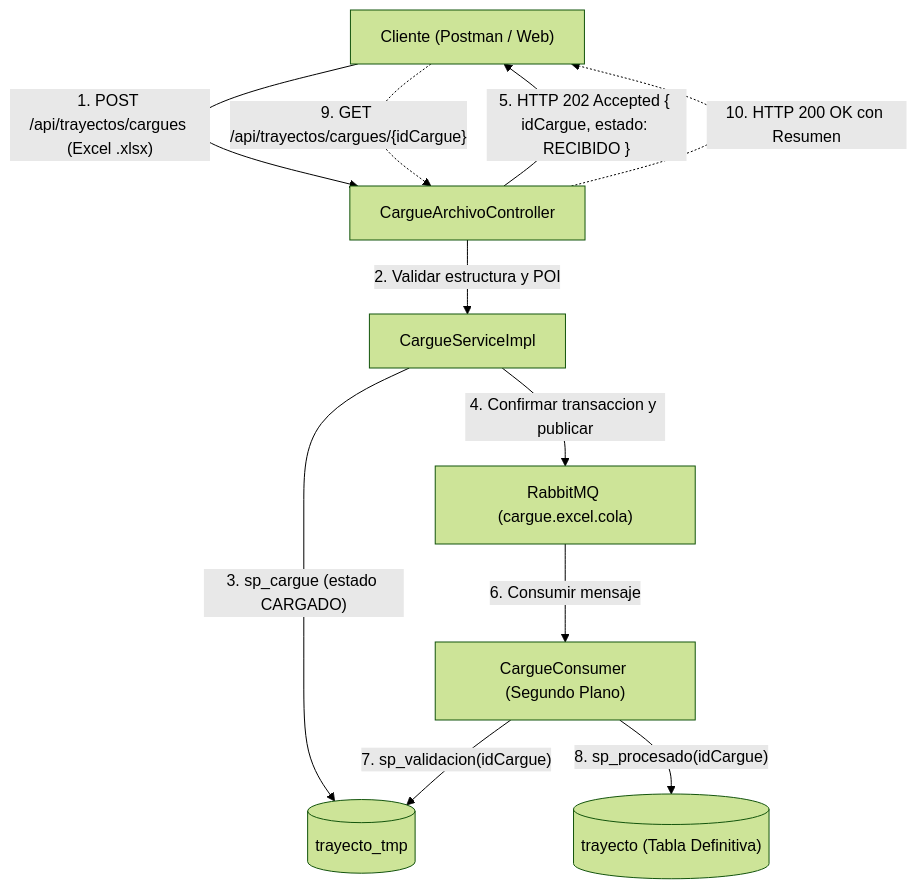
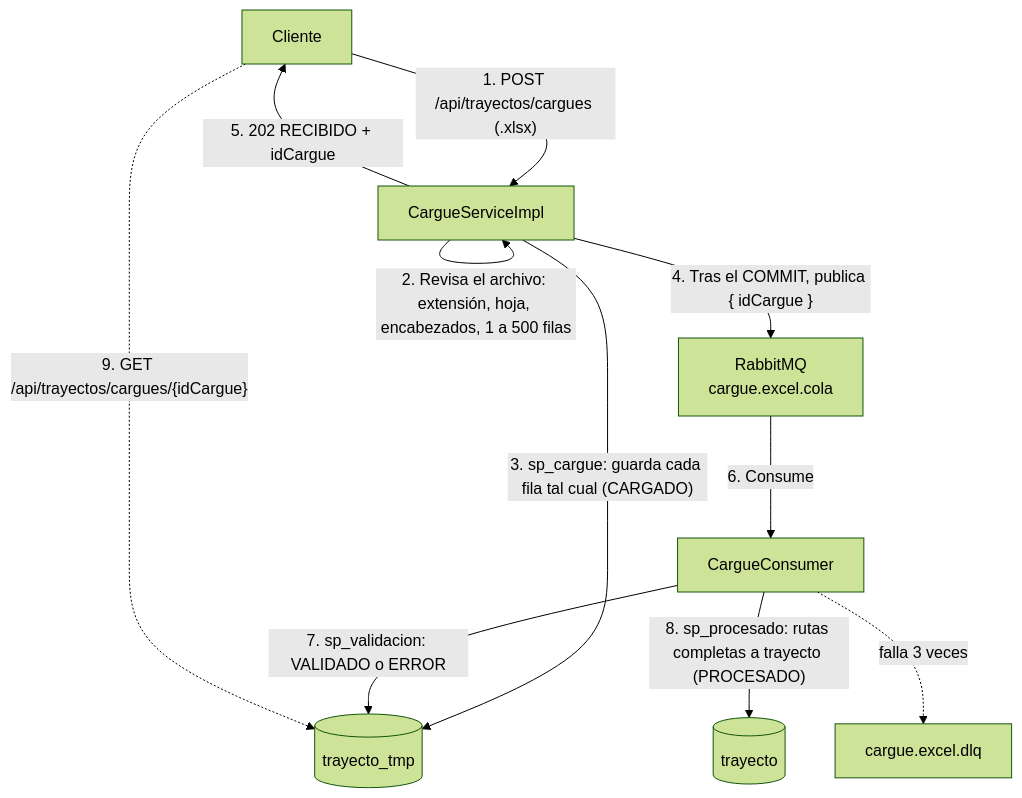
Before and after one commit to XNico619X/vehiculos-documentos-api: the fourth of 4 diagrams in docs/DOCUMENTACION_API.md, drawn with Mermaid (forest theme). The commit also changed other lines of this file and 1 other file, not shown here.

First line of the commit message:
docs: documentacion completa de la API con ejemplo para cada endpoint

````diff
--- a/docs/DOCUMENTACION_API.md
+++ b/docs/DOCUMENTACION_API.md
@@ -144,15 +1004,13 @@
 ```mermaid
 flowchart TD
-    Cliente["Cliente (Postman / Web)"] -->|"1. POST /api/trayectos/cargues (Excel .xlsx)"| Ctrl["CargueArchivoController"]
-    Ctrl -->|"2. Validar estructura y POI"| Serv["CargueServiceImpl"]
-    Serv -->|"3. sp_cargue (estado CARGADO)"| Tmp[("trayecto_tmp")]
-    Serv -->|"4. Confirmar transaccion y publicar"| Rabbit["RabbitMQ (cargue.excel.cola)"]
-    Ctrl -- "5. HTTP 202 Accepted { idCargue, estado: RECIBIDO }" --> Cliente
-    
-    Rabbit -->|"6. Consumir mensaje"| Consumer["CargueConsumer (Segundo Plano)"]
-    Consumer -->|"7. sp_validacion(idCargue)"| Tmp
-    Consumer -->|"8. sp_procesado(idCargue)"| Def[("trayecto (Tabla Definitiva)")]
-    
-    Cliente -.->|"9. GET /api/trayectos/cargues/{idCargue}"| Ctrl
-    Ctrl -.->|"10. HTTP 200 OK con Resumen"| Cliente
+    C["Cliente"] -->|"1. POST /api/trayectos/cargues (.xlsx)"| S["CargueServiceImpl"]
+    S -->|"2. Revisa el archivo: extensión, hoja, encabezados, 1 a 500 filas"| S
+    S -->|"3. sp_cargue: guarda cada fila tal cual (CARGADO)"| T[("trayecto_tmp")]
+    S -->|"4. Tras el COMMIT, publica { idCargue }"| Q["RabbitMQ<br/>cargue.excel.cola"]
+    S -->|"5. 202 RECIBIDO + idCargue"| C
+    Q -->|"6. Consume"| K["CargueConsumer"]
+    K -->|"7. sp_validacion: VALIDADO o ERROR"| T
+    K -->|"8. sp_procesado: rutas completas a trayecto (PROCESADO)"| D[("trayecto")]
+    K -. "falla 3 veces" .-> DLQ["cargue.excel.dlq"]
+    C -.->|"9. GET /api/trayectos/cargues/{idCargue}"| T
 ```
````
